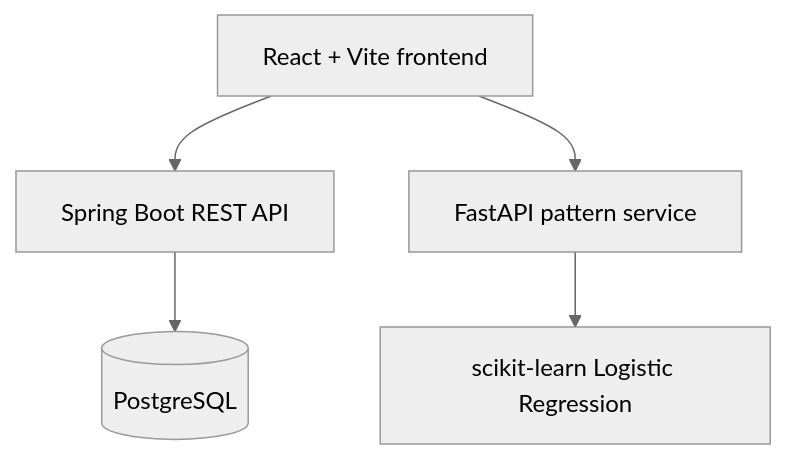
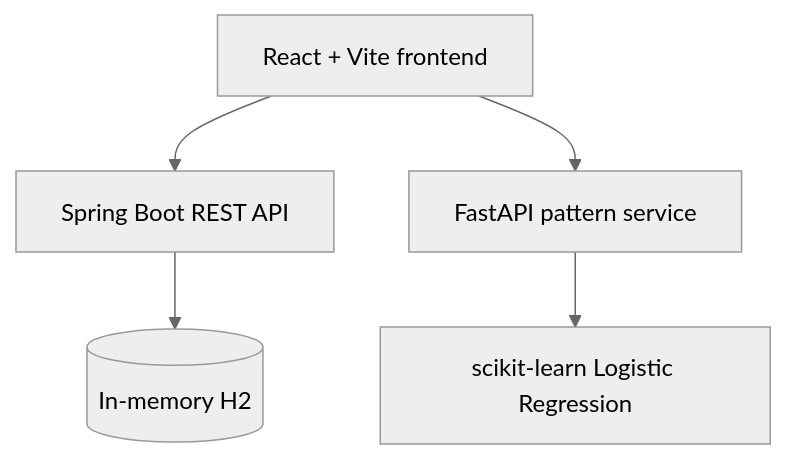
One commit to SamridhiSingh-bit/Sanjeevani changed the diagram in README.md. Above: the diagram before and after it, drawn with Mermaid (neutral theme). The commit also changed other lines of this file, not shown here.

````diff
--- a/README.md
+++ b/README.md
@@ -20,12 +46,12 @@
 ```mermaid
 flowchart TD
     React[React + Vite frontend]
     Spring[Spring Boot REST API]
-    DB[(PostgreSQL)]
+    DB[(In-memory H2)]
     ML[FastAPI pattern service]
     Model[scikit-learn Logistic Regression]
     React --> Spring
     Spring --> DB
     React --> ML
     ML --> Model
 ```
````
